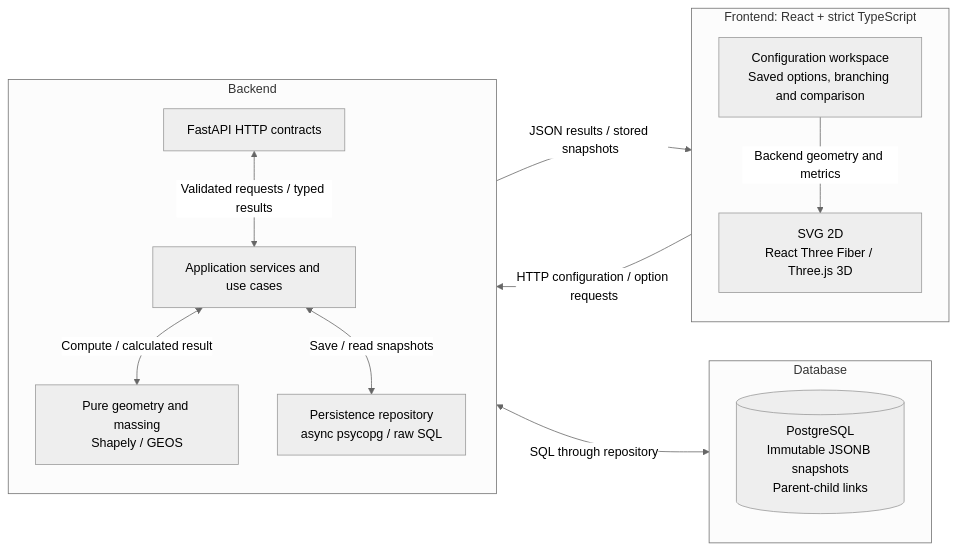
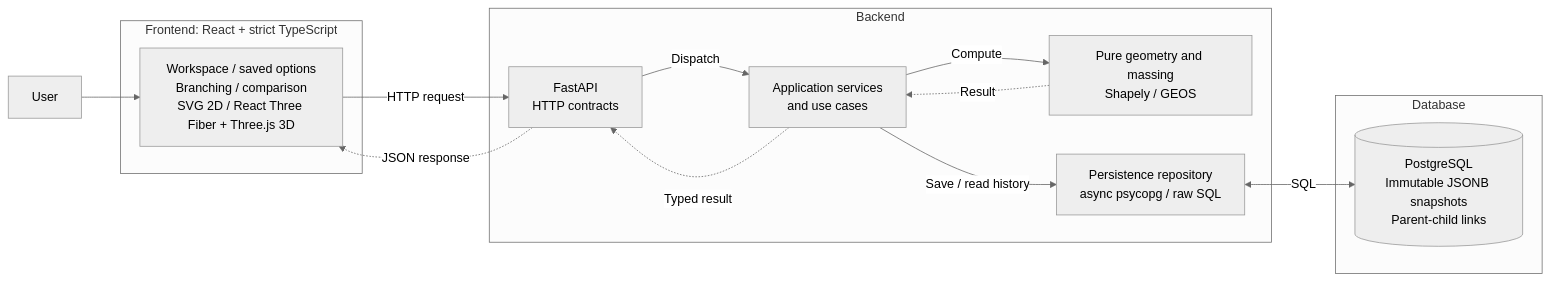
One commit to Aleks2580/building-geometry-case-study changed the first of 2 diagrams in docs/DESIGN.md. Above: the diagram before and after it, drawn with Mermaid (neutral theme).

Commit message:
docs: clarify architecture data flow

````diff
--- a/docs/DESIGN.md
+++ b/docs/DESIGN.md
@@ -26,25 +26,25 @@
 ```mermaid
 flowchart LR
+    User["User"]
     subgraph Frontend["Frontend: React + strict TypeScript"]
-        direction TB
-        UI["Configuration workspace<br/>Saved options, branching and comparison"]
-        Views["SVG 2D<br/>React Three Fiber / Three.js 3D"]
-        UI -->|Backend geometry and metrics| Views
+        UI["Workspace / saved options<br/>Branching / comparison<br/>SVG 2D / React Three Fiber + Three.js 3D"]
     end
     subgraph Backend["Backend"]
-        direction TB
-        HTTP["FastAPI HTTP contracts"]
-        Services["Application services and use cases"]
+        HTTP["FastAPI<br/>HTTP contracts"]
+        Services["Application services<br/>and use cases"]
         Domain["Pure geometry and massing<br/>Shapely / GEOS"]
         Repository["Persistence repository<br/>async psycopg / raw SQL"]
-        HTTP <-->|Validated requests / typed results| Services
-        Services <-->|Compute / calculated result| Domain
-        Services <-->|Save / read snapshots| Repository
     end
     subgraph Database["Database"]
         DB[("PostgreSQL<br/>Immutable JSONB snapshots<br/>Parent-child links")]
     end
-    Frontend -->|HTTP configuration / option requests| Backend
-    Backend -->|JSON results / stored snapshots| Frontend
-    Backend <-->|SQL through repository| Database
+    User --> UI
+    UI -->|HTTP request| HTTP
+    HTTP -->|Dispatch| Services
+    Services -->|Compute| Domain
+    Services -->|Save / read history| Repository
+    Repository <-->|SQL| DB
+    Domain -.->|Result| Services
+    Services -.->|Typed result| HTTP
+    HTTP -.->|JSON response| UI
 ```
````
